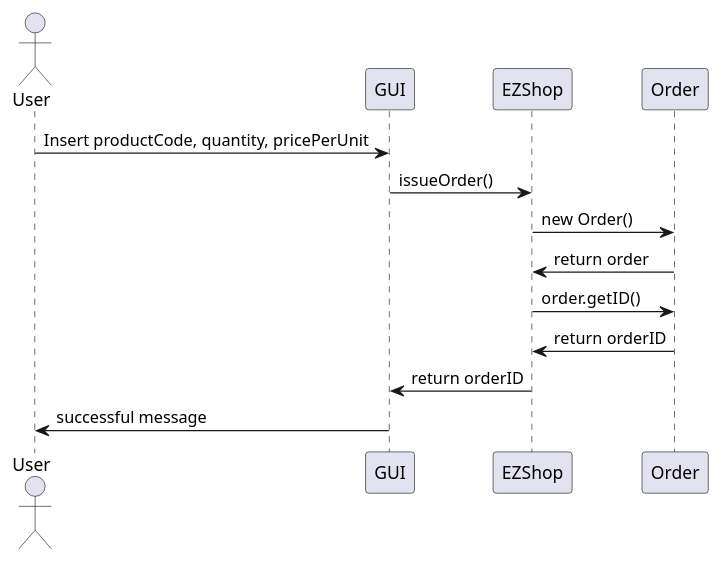
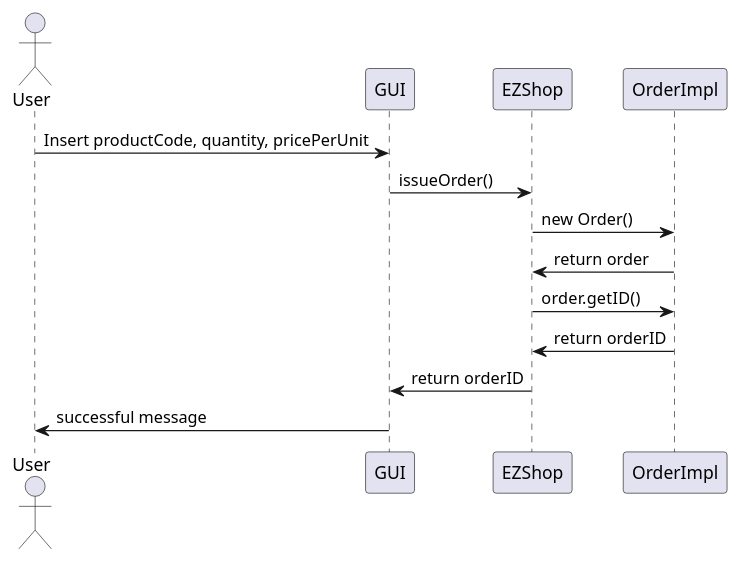
The eighth of 19 diagrams in Deliverables/DesignDocument.md (ThePiromaximus/ezshop), drawn with PlantUML before and after one commit. The commit also changed other lines of this file, not shown here.

Commit message:
Updated DesignDocument.md, scenarios 1.1, 1.2, 3.1, 3.2

````diff
--- a/Deliverables/DesignDocument.md
+++ b/Deliverables/DesignDocument.md
@@ -359,13 +359,13 @@
 ```plantuml
 @startuml
 actor User
 User -> GUI: Insert productCode, quantity, pricePerUnit
 GUI -> EZShop: issueOrder()
-EZShop -> Order: new Order()
-EZShop <- Order: return order
-EZShop -> Order: order.getID()
-EZShop <- Order: return orderID
+EZShop -> OrderImpl: new Order()
+EZShop <- OrderImpl: return order
+EZShop -> OrderImpl: order.getID()
+EZShop <- OrderImpl: return orderID
 GUI <- EZShop: return orderID
 User <- GUI: successful message
 @enduml
 ```
````
